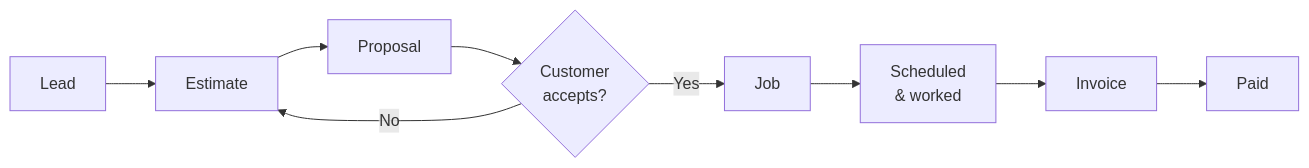
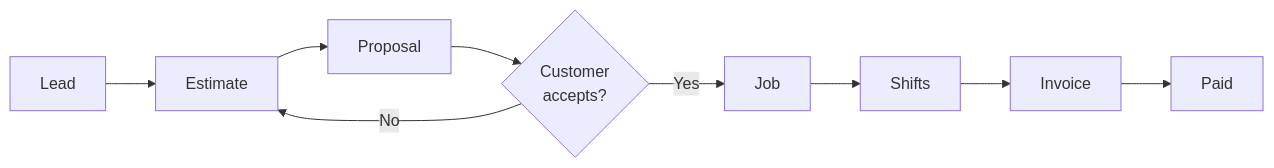
The diagram in guides/start/how-work-flows.mdx (Attic-Tech/docs), drawn with Mermaid before and after one commit. The commit also changed other lines of this file and 1 other file, not shown here.

````diff
--- a/guides/start/how-work-flows.mdx
+++ b/guides/start/how-work-flows.mdx
@@ -15,11 +15,11 @@
 ```mermaid
 flowchart LR
   L[Lead] --> E[Estimate]
   E --> P[Proposal]
   P --> S{Customer<br/>accepts?}
   S -- Yes --> J[Job]
   S -- No --> E
-  J --> SC[Scheduled<br/>& worked]
+  J --> SC[Shifts]
   SC --> I[Invoice]
   I --> PAID[Paid]
 ```
````
